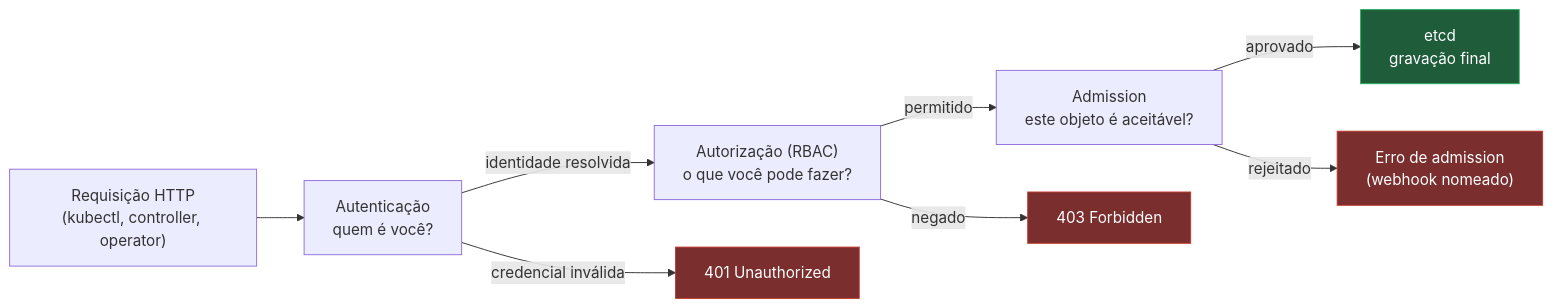
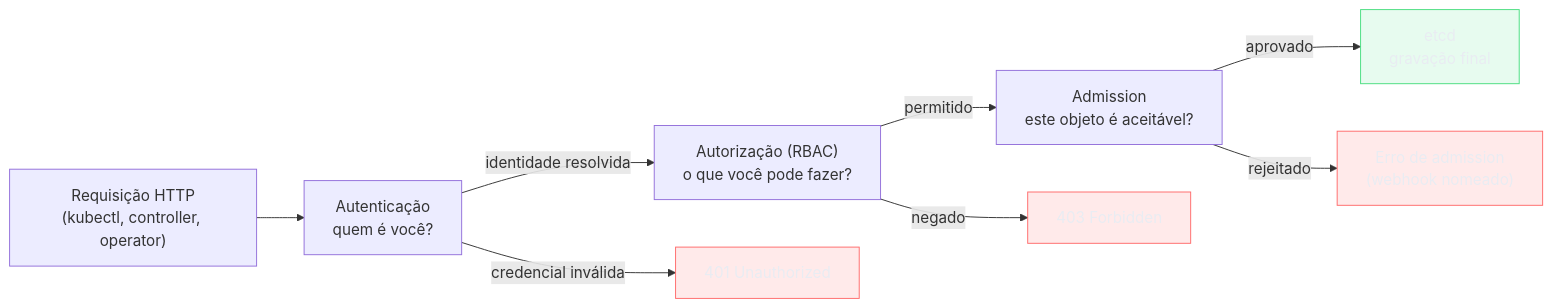
One commit to josenaldo/codex-technomanticus changed the first of 2 diagrams in 03-Dominios/Tecnologia/Infraestrutura/Kubernetes/13 - RBAC e ServiceAccount.md. Above: the diagram before and after it, drawn with Mermaid. The commit also changed other lines of this file and 1181 other files, not shown here.

First line of the commit message:
fix(diagramas): paleta do sistema no lugar de cor cravada no markdown

````diff
--- a/03-Dominios/Tecnologia/Infraestrutura/Kubernetes/13 - RBAC e ServiceAccount.md
+++ b/03-Dominios/Tecnologia/Infraestrutura/Kubernetes/13 - RBAC e ServiceAccount.md
@@ -31,15 +31,17 @@
 ```mermaid
 graph LR
+    classDef falha fill:#FF6B6B24,stroke:#FF6B6B,color:#E9ECF2
+    classDef ok fill:#4ADE8021,stroke:#4ADE80,color:#E9ECF2
     R["Requisição HTTP<br/>(kubectl, controller, operator)"] --> Auth["Autenticação<br/>quem é você?"]
     Auth -->|"identidade resolvida"| Az["Autorização (RBAC)<br/>o que você pode fazer?"]
     Az -->|"permitido"| Ad["Admission<br/>este objeto é aceitável?"]
     Az -->|"negado"| F403["403 Forbidden"]
     Auth -->|"credencial inválida"| F401["401 Unauthorized"]
     Ad -->|"aprovado"| E["etcd<br/>gravação final"]
     Ad -->|"rejeitado"| FAdm["Erro de admission<br/>(webhook nomeado)"]
 
-    style F401 fill:#7a2e2e,stroke:#c0392b,color:#fff
-    style F403 fill:#7a2e2e,stroke:#c0392b,color:#fff
-    style FAdm fill:#7a2e2e,stroke:#c0392b,color:#fff
-    style E fill:#1e5c3a,stroke:#27ae60,color:#fff
+    class F401 falha
+    class F403 falha
+    class FAdm falha
+    class E ok
 ```
````
